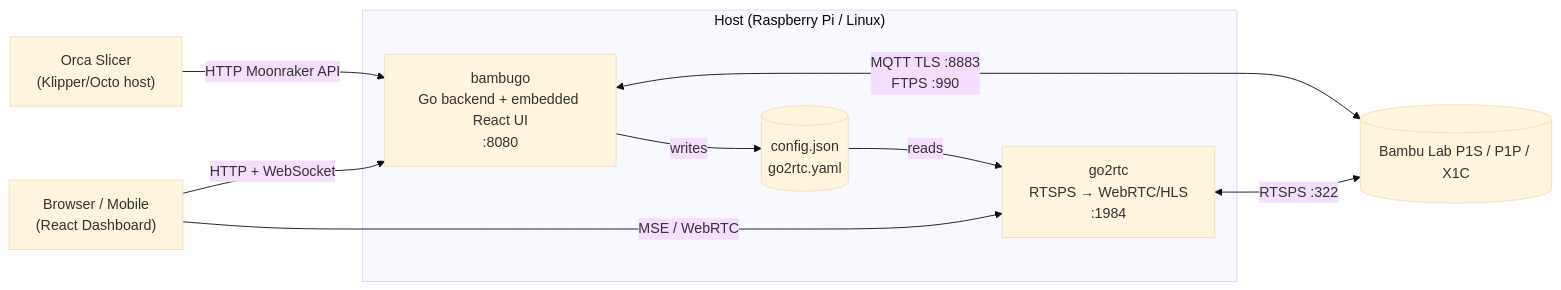
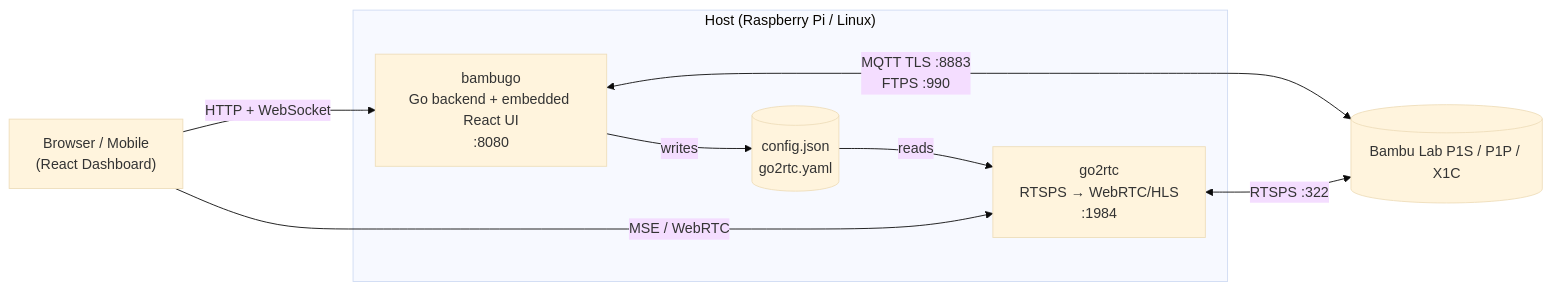
The diagram in README.md (SebastianBaltes/bambugo), drawn with Mermaid (base theme) before and after one commit. The commit also changed other lines of this file, not shown here.

````diff
--- a/README.md
+++ b/README.md
@@ -23,21 +21,19 @@
 ```mermaid
 flowchart LR
-    Orca["Orca Slicer<br/>(Klipper/Octo host)"]
     Browser["Browser / Mobile<br/>(React Dashboard)"]
 
     subgraph host["Host (Raspberry Pi / Linux)"]
         Backend["bambugo<br/>Go backend + embedded React UI<br/>:8080"]
         Go2rtc["go2rtc<br/>RTSPS → WebRTC/HLS<br/>:1984"]
         Config[("config.json<br/>go2rtc.yaml")]
     end
 
     Printer[("Bambu Lab P1S / P1P / X1C")]
 
-    Orca -->|HTTP Moonraker API| Backend
     Browser -->|HTTP + WebSocket| Backend
     Browser -->|MSE / WebRTC| Go2rtc
     Backend <-->|MQTT TLS :8883<br/>FTPS :990| Printer
     Go2rtc <-->|RTSPS :322| Printer
     Backend -->|writes| Config
     Config -->|reads| Go2rtc
 ```
````
